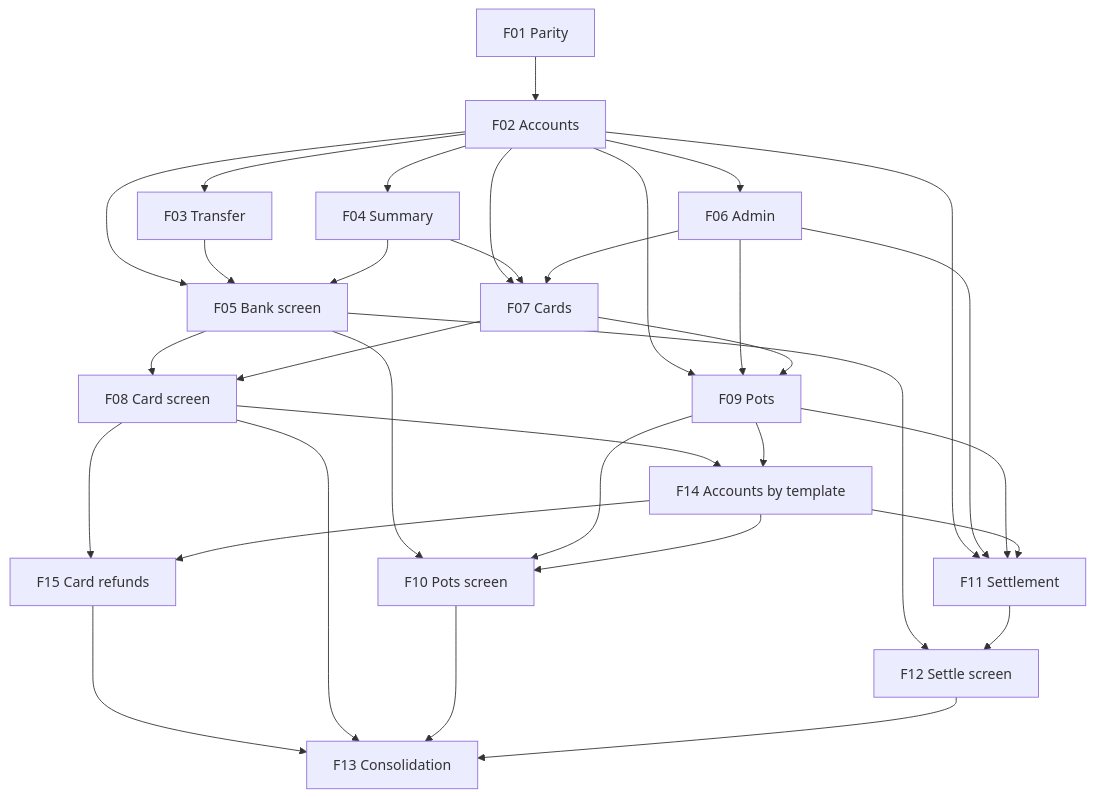
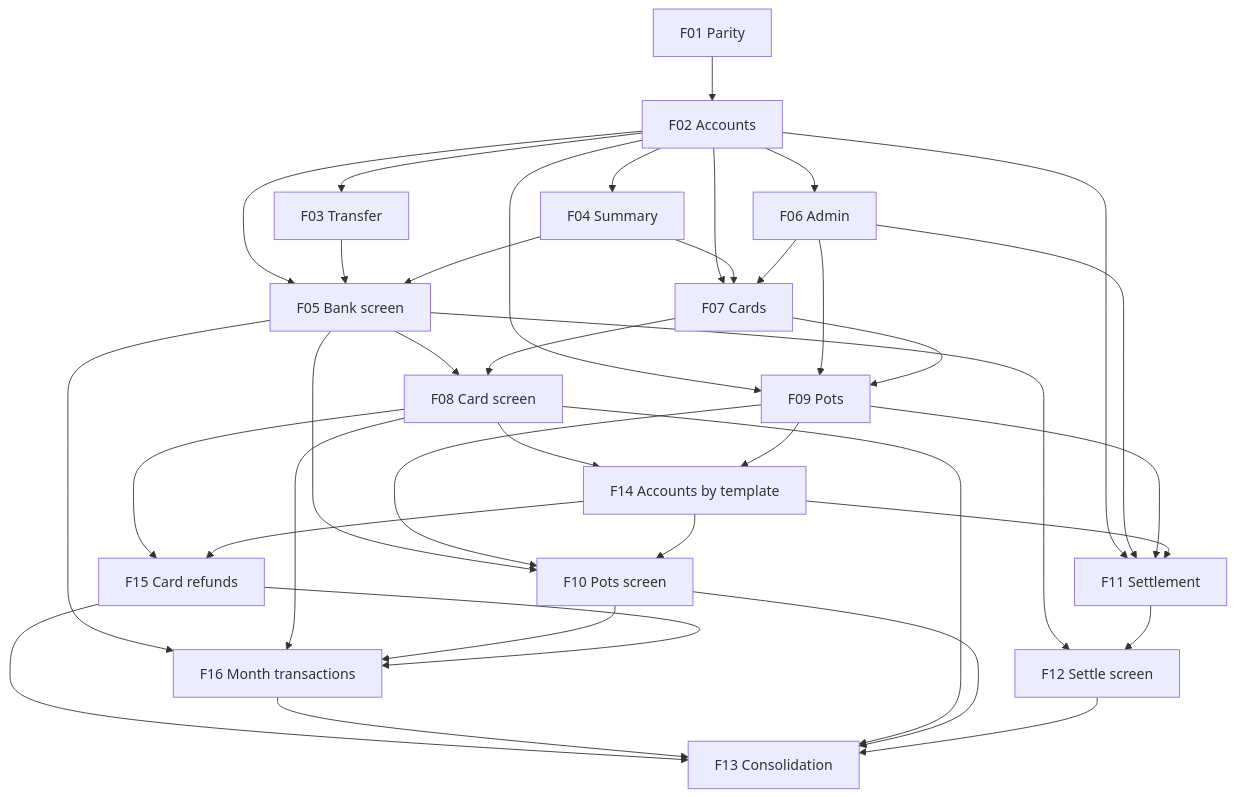
The diagram in docs/prd/P60-prd-cashflow-accounts-generalization/prd-cashflow-accounts-generalization.md (ggibellato/Financial), drawn with Mermaid before and after one commit. The commit also changed other lines of this file, not shown here.

First line of the commit message:
docs(P60-F16): month transactions view

````diff
--- a/docs/prd/P60-prd-cashflow-accounts-generalization/prd-cashflow-accounts-generalization.md
+++ b/docs/prd/P60-prd-cashflow-accounts-generalization/prd-cashflow-accounts-generalization.md
@@ -754,35 +789,40 @@
 ```mermaid
 graph TD
   F01[F01 Parity] --> F02[F02 Accounts]
   F02 --> F03[F03 Transfer]
   F02 --> F04[F04 Summary]
   F02 --> F06[F06 Admin]
   F02 --> F05[F05 Bank screen]
   F03 --> F05
   F04 --> F05
   F02 --> F07[F07 Cards]
   F04 --> F07
   F06 --> F07
   F05 --> F08[F08 Card screen]
   F07 --> F08
   F02 --> F09[F09 Pots]
   F06 --> F09
   F07 --> F09
   F05 --> F10[F10 Pots screen]
   F09 --> F10
   F02 --> F11[F11 Settlement]
   F06 --> F11
   F09 --> F11
   F05 --> F12[F12 Settle screen]
   F11 --> F12
   F08 --> F14[F14 Accounts by template]
   F09 --> F14
   F14 --> F10
   F14 --> F11
   F08 --> F15[F15 Card refunds]
   F14 --> F15
   F15 --> F13
+  F05 --> F16[F16 Month transactions]
+  F08 --> F16
+  F10 --> F16
+  F15 --> F16
+  F16 --> F13
   F08 --> F13[F13 Consolidation]
   F10 --> F13
   F12 --> F13
 ```
````
